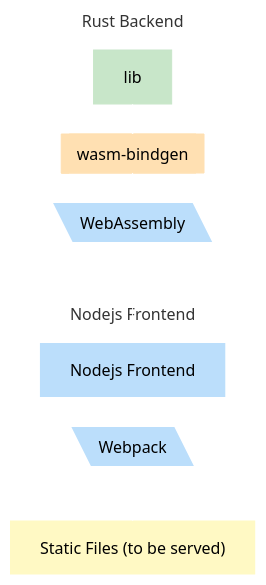
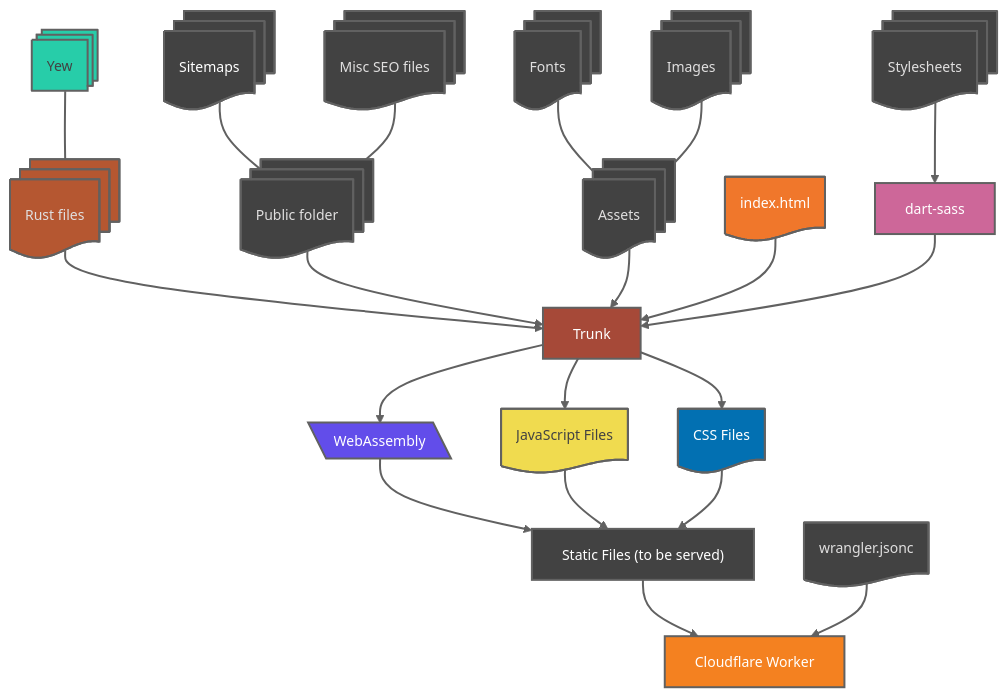
One commit to MysticalMike60t/rustismylife changed the diagram in README.md. Above: the diagram before and after it, drawn with Mermaid.

Commit message:
Updated README graph

````diff
--- a/README.md
+++ b/README.md
@@ -20,40 +20,85 @@
 config:
   flowchart:
     htmlLabels: false
-  layout: elk
+  layout: dagre
+  theme: redux-dark
 ---
 flowchart TB
- subgraph s1["Nodejs Frontend"]
-        nodejsfrontend["Nodejs Frontend"]
-        n3["Webpack"]
-  end
- subgraph s2["Rust Backend"]
-        rustbackend["lib"]
-        webassembly["WebAssembly"]
-        n5["wasm-bindgen"]
-  end
-    webassembly --> nodejsfrontend
-    nodejsfrontend --> n3
-    n3 --> n4["Static Files (to be served)"]
-    rustbackend L_rustbackend_n5_0@<--> n5
-    n5 --> webassembly
+    webassembly["WebAssembly"] --> n4["Static Files (to be served)"]
+    n6["Yew"] --- n11["Rust files"]
+    n11 --> n7["Trunk"]
+    n8["Public folder"] --> n7
+    n10["Assets"] --> n7
+    n5["index.html"] --> n7
+    n7 --> webassembly & n19["JavaScript Files"] & n20["CSS Files"]
+    n9["Stylesheets"] --> n14["dart-sass"]
+    n14 --> n7
+    n12["Fonts"] --- n10
+    n13["Images"] --- n10
+    n15["Sitemaps"] --- n8
+    n16["Misc SEO files"] --- n8
+    n4 --> n17["Cloudflare Worker"]
+    n18["wrangler.jsonc"] --> n17
+    n19 --> n4
+    n20 --> n4
 
-    n3@{ shape: out-in}
     webassembly@{ shape: lean-l}
-    n5@{ shape: subproc}
-    style nodejsfrontend fill:#BBDEFB,stroke:none,color:#000000
-    style n3 fill:#BBDEFB,stroke:none,color:#000000
-    style rustbackend fill:#C8E6C9,stroke:#C8E6C9,color:#000000
-    style webassembly fill:#BBDEFB,stroke:none,color:#000000
-    style n5 fill:#FFE0B2,stroke:#FFE0B2,color:#000000
-    style n4 fill:#FFF9C4,stroke:none,color:#000000
-    style s2 fill:transparent,stroke:none,color:#FFFFFF
-    style s1 fill:transparent,stroke:none,color:#FFFFFF
-    linkStyle 0 stroke:#FFFFFF,fill:none
-    linkStyle 1 stroke:#FFFFFF,fill:none
-    linkStyle 2 stroke:#FFFFFF,fill:none
-    linkStyle 3 stroke:#FFFFFF,fill:none
-    linkStyle 4 stroke:#FFFFFF,fill:none
-
-    L_rustbackend_n5_0@{ animation: none }
+    n6@{ shape: procs}
+    n11@{ shape: docs}
+    n7@{ shape: proc}
+    n8@{ shape: docs}
+    n10@{ shape: docs}
+    n5@{ shape: doc}
+    n19@{ shape: doc}
+    n20@{ shape: doc}
+    n9@{ shape: docs}
+    n14@{ shape: proc}
+    n12@{ shape: docs}
+    n13@{ shape: docs}
+    n15@{ shape: docs}
+    n16@{ shape: docs}
+    n17@{ shape: proc}
+    n18@{ shape: doc}
+     n19:::Basic
+     n20:::Basic
+     n15:::Basic
+    classDef Aqua stroke-width:1px, stroke-dasharray:none, stroke:#46EDC8, fill:#DEFFF8, color:#378E7A
+    classDef Basic stroke:#616161, fill:#424242, color:#FFFFFF
+    style webassembly fill:#624DEA,stroke:#616161,color:#FFFFFF
+    style n4 fill:#424242,stroke:#616161,color:#FFFFFF
+    style n6 fill:#27CDA9,stroke:#616161,color:#424242
+    style n11 fill:#B55731,stroke:#616161
+    style n7 stroke:#616161,fill:#A64938,color:#FFFFFF
+    style n8 fill:#424242,stroke:#616161
+    style n10 stroke:#616161,fill:#424242
+    style n5 fill:#F0772B,stroke:#616161,color:#FFFFFF
+    style n19 fill:#F0DB4F,color:#424242
+    style n20 fill:#0270B2
+    style n9 stroke:#616161,fill:#424242
+    style n14 stroke:#616161,fill:#CD6799,color:#FFFFFF
+    style n12 stroke:#616161,fill:#424242
+    style n13 stroke:#616161,fill:#424242
+    style n15 fill:#424242,stroke:#616161
+    style n16 fill:#424242,stroke:#616161
+    style n17 fill:#F48120,stroke:#616161,color:#FFFFFF
+    style n18 fill:#424242,stroke:#616161
+    linkStyle 0 stroke:#616161,fill:none
+    linkStyle 1 stroke:#616161,fill:none
+    linkStyle 2 stroke:#616161,fill:none
+    linkStyle 3 stroke:#616161,fill:none
+    linkStyle 4 stroke:#616161,fill:none
+    linkStyle 5 stroke:#616161,fill:none
+    linkStyle 6 stroke:#616161,fill:none
+    linkStyle 7 stroke:#616161,fill:none
+    linkStyle 8 stroke:#616161,fill:none
+    linkStyle 9 stroke:#616161,fill:none
+    linkStyle 10 stroke:#616161,fill:none
+    linkStyle 11 stroke:#616161,fill:none
+    linkStyle 12 stroke:#616161,fill:none
+    linkStyle 13 stroke:#616161,fill:none
+    linkStyle 14 stroke:#616161,fill:none
+    linkStyle 15 stroke:#616161,fill:none
+    linkStyle 16 stroke:#616161,fill:none
+    linkStyle 17 stroke:#616161,fill:none
+    linkStyle 18 stroke:#616161,fill:none
 ```
````
